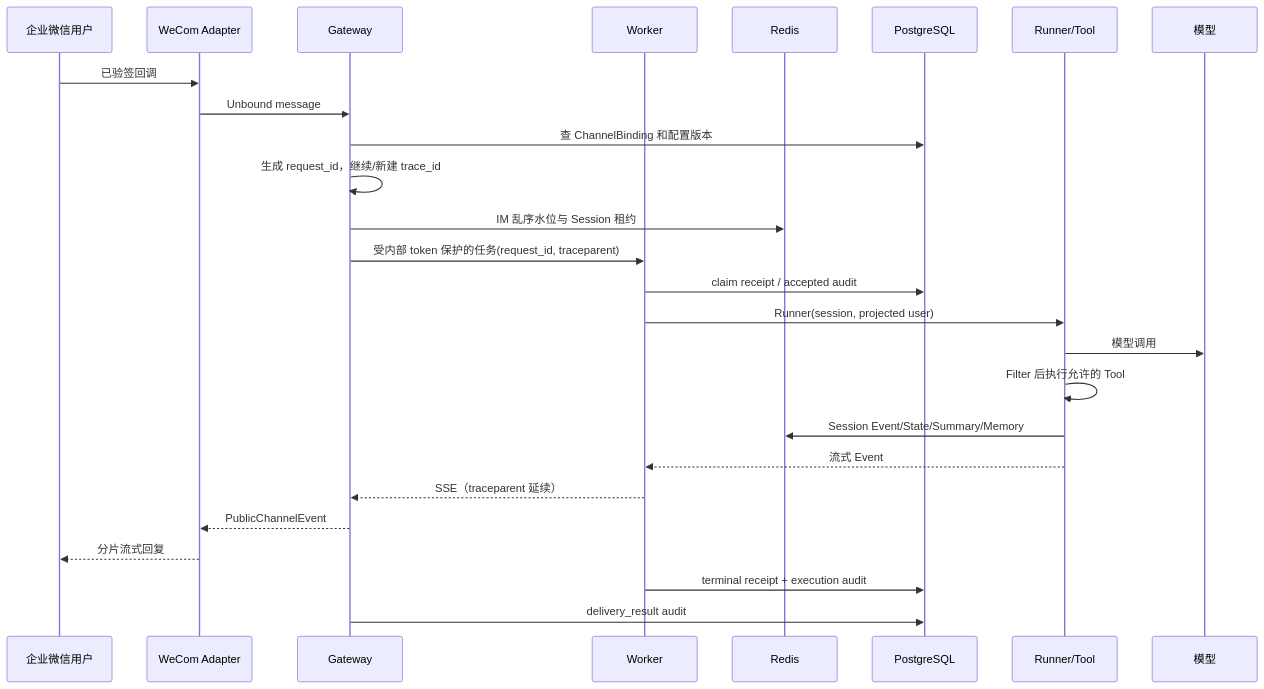
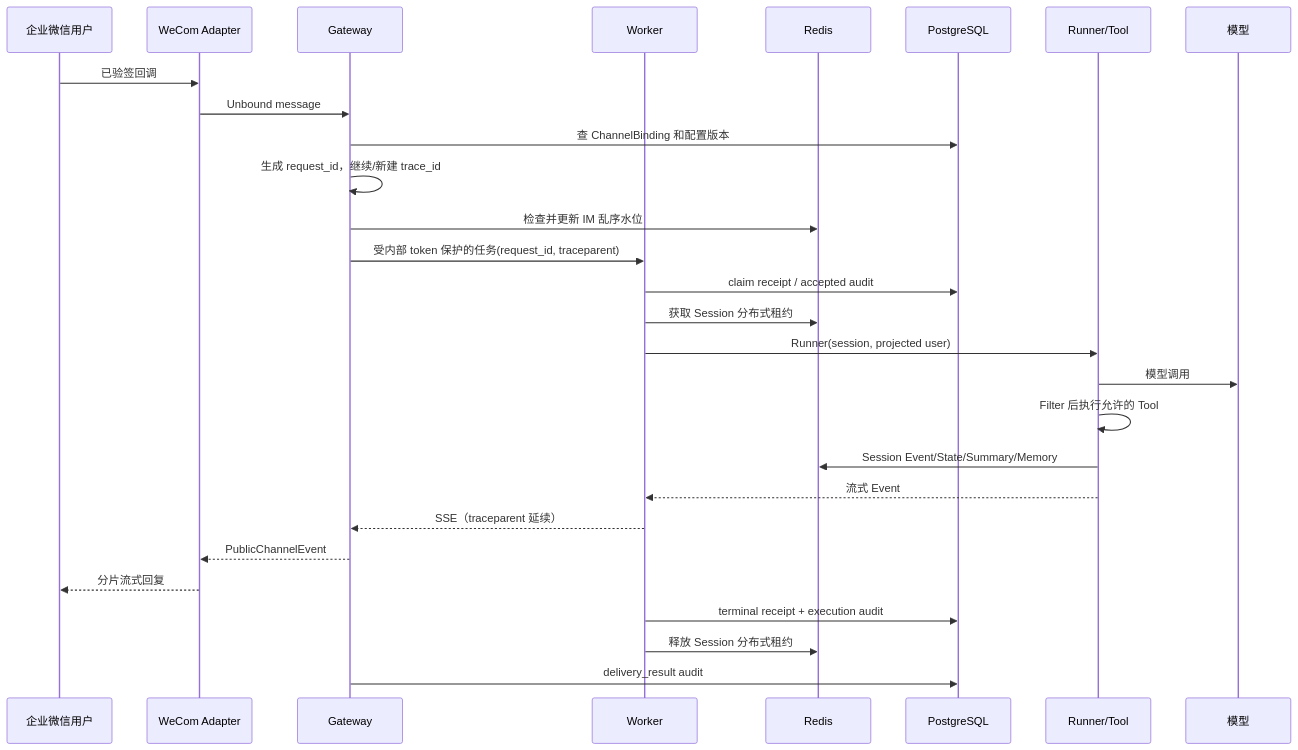
Before and after one commit to guocfu/trpc-agent-service: the second of 2 diagrams in docs/architecture.md, drawn with Mermaid. The commit also changed other lines of this file and 8 other files, not shown here.

Commit message:
docs: align delivery artifacts with implemented architecture

````diff
--- a/docs/architecture.md
+++ b/docs/architecture.md
@@ -29,28 +30,30 @@
 ```mermaid
 sequenceDiagram
   participant U as 企业微信用户
   participant C as WeCom Adapter
   participant G as Gateway
   participant W as Worker
   participant R as Redis
   participant P as PostgreSQL
   participant SDK as Runner/Tool
   participant M as 模型
   U->>C: 已验签回调
   C->>G: Unbound message
   G->>P: 查 ChannelBinding 和配置版本
   G->>G: 生成 request_id，继续/新建 trace_id
-  G->>R: IM 乱序水位与 Session 租约
+  G->>R: 检查并更新 IM 乱序水位
   G->>W: 受内部 token 保护的任务(request_id, traceparent)
   W->>P: claim receipt / accepted audit
+  W->>R: 获取 Session 分布式租约
   W->>SDK: Runner(session, projected user)
   SDK->>M: 模型调用
   SDK->>SDK: Filter 后执行允许的 Tool
   SDK->>R: Session Event/State/Summary/Memory
   SDK-->>W: 流式 Event
   W-->>G: SSE（traceparent 延续）
   G-->>C: PublicChannelEvent
   C-->>U: 分片流式回复
   W->>P: terminal receipt + execution audit
+  W->>R: 释放 Session 分布式租约
   G->>P: delivery_result audit
 ```
````
